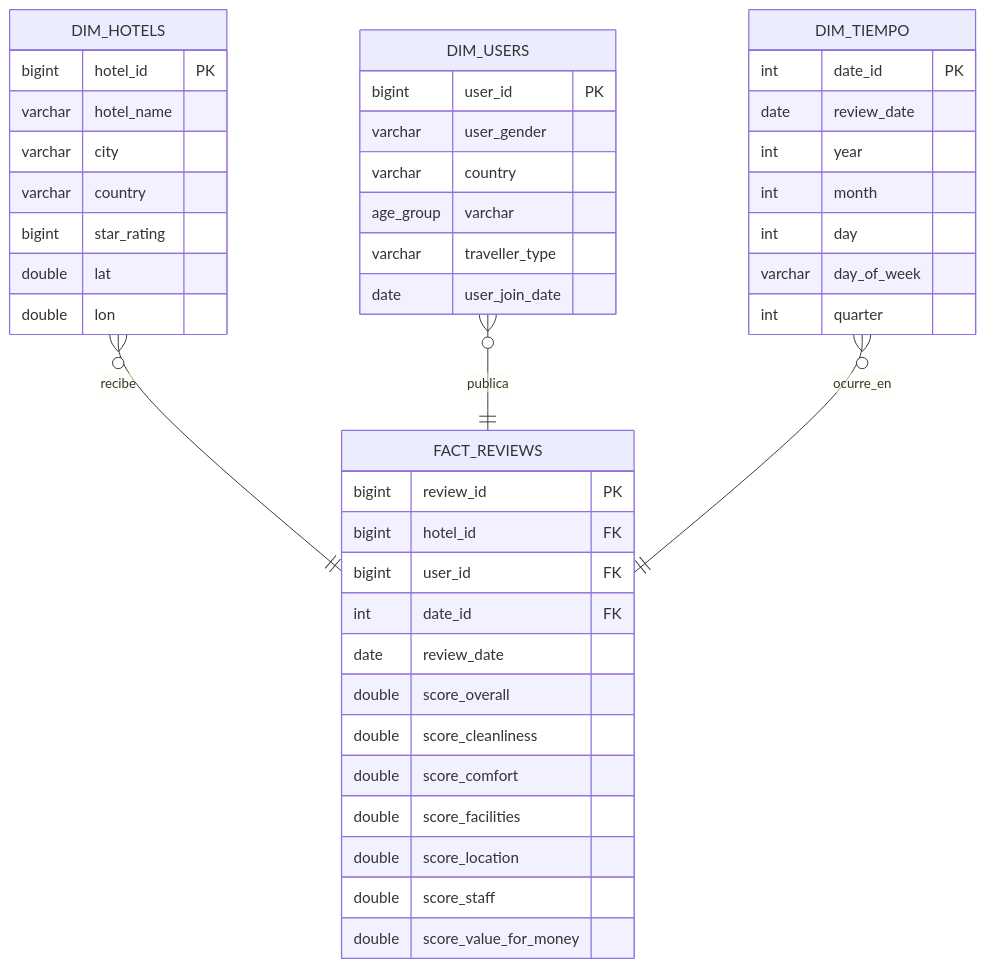
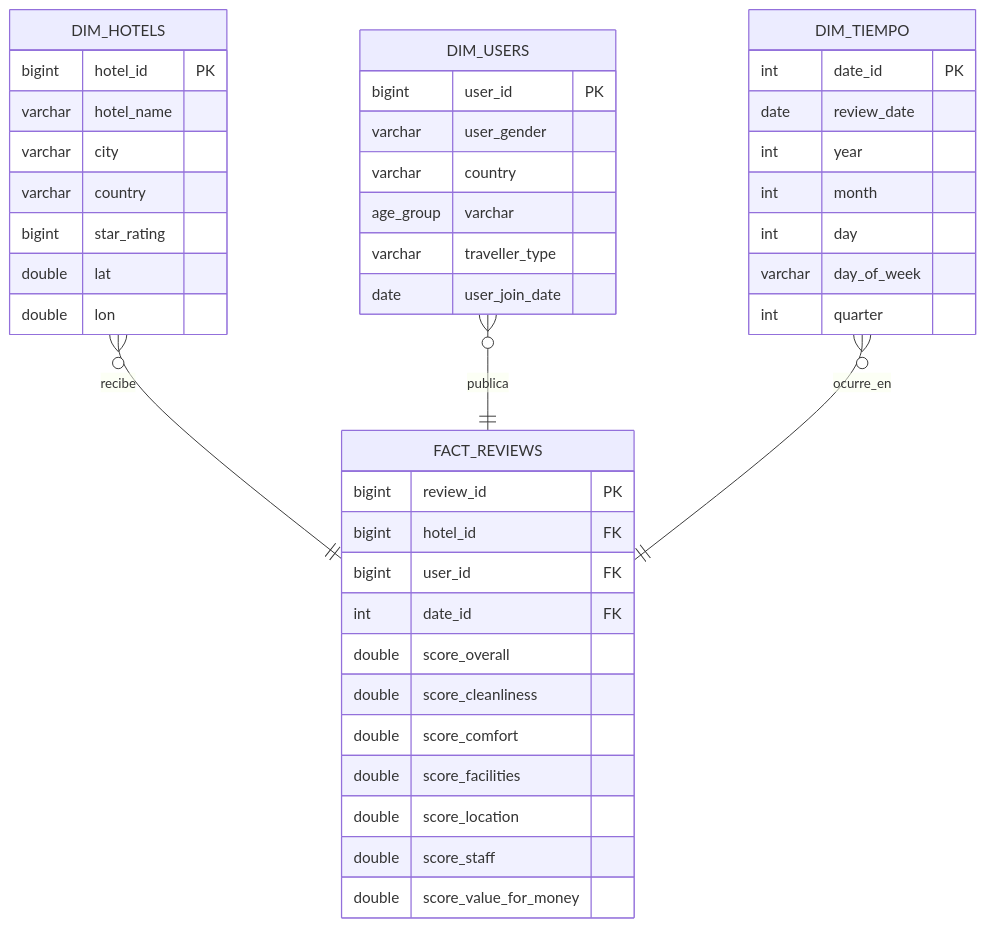
The diagram in README.md (DosiDeveloper/international-hotel-booking-analytics), drawn with Mermaid before and after one commit.

Commit message:
se actualiza readme

````diff
--- a/README.md
+++ b/README.md
@@ -120,42 +120,41 @@
 ```mermaid
 erDiagram
     FACT_REVIEWS {bigint review_id PK
                   bigint hotel_id FK
                   bigint user_id FK
                   int date_id FK
-                  date review_date
                   double score_overall
                   double score_cleanliness
                   double score_comfort
                   double score_facilities
                   double score_location
                   double score_staff
                   double score_value_for_money}
 
     DIM_HOTELS {bigint hotel_id PK
                 varchar hotel_name
                 varchar city
                 varchar country
                 bigint star_rating
                 double lat
                 double lon}
 
 DIM_USERS {bigint user_id PK
            varchar user_gender
            varchar country
            age_group varchar
            varchar traveller_type
            date user_join_date}
 
     DIM_TIEMPO {int date_id PK
                 date review_date
                 int year
                 int month
                 int day
                 varchar day_of_week
                 int quarter}
 
     DIM_HOTELS }o--|| FACT_REVIEWS : "recibe"
     DIM_USERS }o--|| FACT_REVIEWS : "publica"
     DIM_TIEMPO }o--|| FACT_REVIEWS : "ocurre_en"
 ```
````
